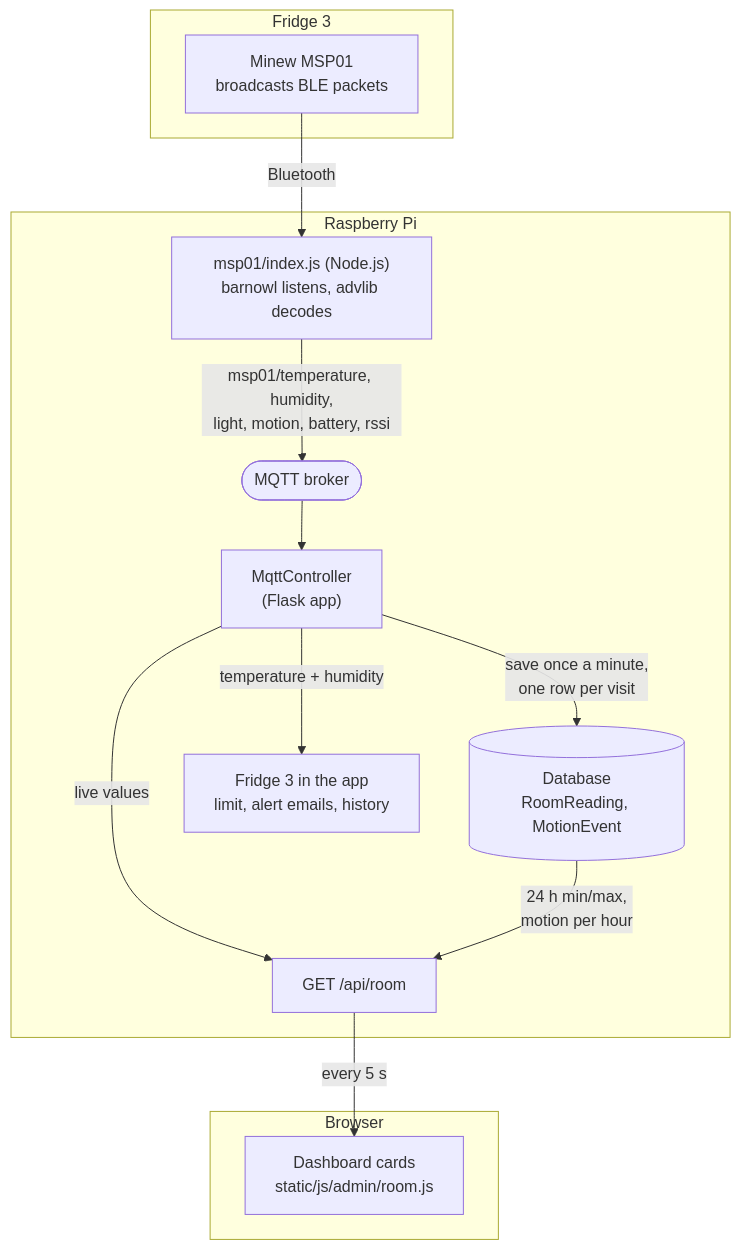
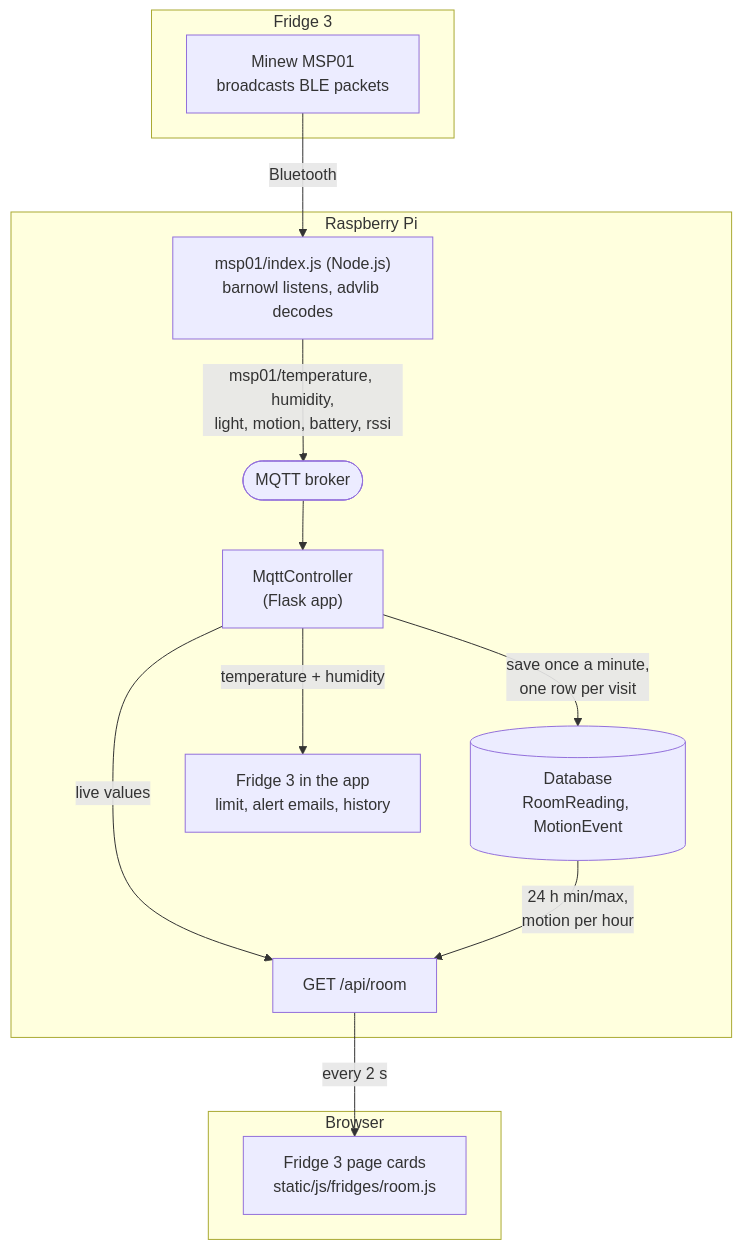
One commit to gvogas/IoT changed the diagram in docs/msp01.md. Above: the diagram before and after it, drawn with Mermaid. The commit also changed other lines of this file and 29 other files, not shown here.

Commit message:
chart better

````diff
--- a/docs/msp01.md
+++ b/docs/msp01.md
@@ -31,28 +31,28 @@
 ```mermaid
 flowchart TD
     subgraph Fridge["Fridge 3"]
         MSP01["Minew MSP01<br/>broadcasts BLE packets"]
     end
 
     subgraph Pi["Raspberry Pi"]
         Node["msp01/index.js (Node.js)<br/>barnowl listens, advlib decodes"]
         Broker(["MQTT broker"])
         MQTT["MqttController<br/>(Flask app)"]
         DB[("Database<br/>RoomReading, MotionEvent")]
         API["GET /api/room"]
         Fridge3["Fridge 3 in the app<br/>limit, alert emails, history"]
     end
 
     subgraph Browser["Browser"]
-        Cards["Dashboard cards<br/>static/js/admin/room.js"]
+        Cards["Fridge 3 page cards<br/>static/js/fridges/room.js"]
     end
 
     MSP01 -->|"Bluetooth"| Node
     Node -->|"msp01/temperature, humidity,<br/>light, motion, battery, rssi"| Broker
     Broker --> MQTT
     MQTT -->|"save once a minute,<br/>one row per visit"| DB
     MQTT -->|"live values"| API
     MQTT -->|"temperature + humidity"| Fridge3
     DB -->|"24 h min/max,<br/>motion per hour"| API
-    API -->|"every 5 s"| Cards
+    API -->|"every 2 s"| Cards
 ```
````
